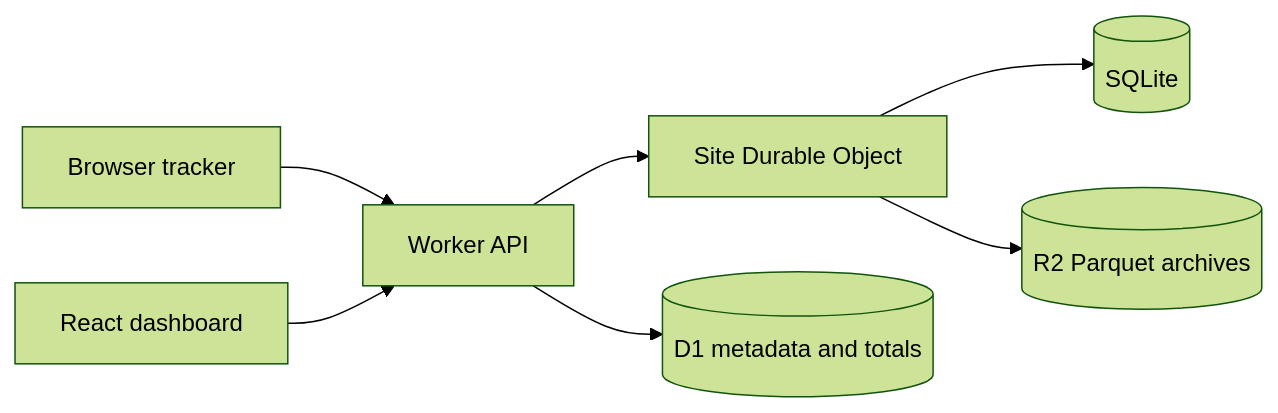
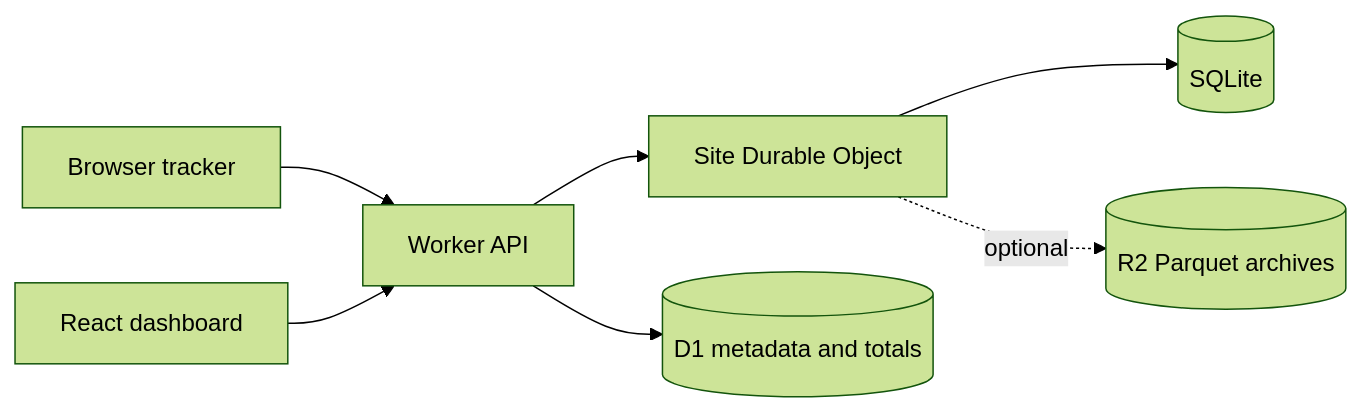
One commit to Rohan1857/edge-observatory changed the diagram in docs/architecture.md. Above: the diagram before and after it, drawn with Mermaid (forest theme). The commit also changed other lines of this file and 14 other files, not shown here.

````diff
--- a/docs/architecture.md
+++ b/docs/architecture.md
@@ -5,9 +5,9 @@
 ```mermaid
 flowchart LR
   T[Browser tracker] --> W[Worker API]
   W --> D[Site Durable Object]
   D --> S[(SQLite)]
-  D --> R[(R2 Parquet archives)]
+  D -. optional .-> R[(R2 Parquet archives)]
   W --> M[(D1 metadata and totals)]
   U[React dashboard] --> W
 ```
````
